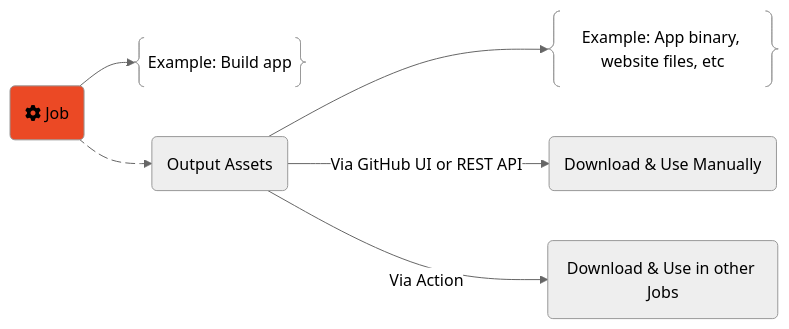
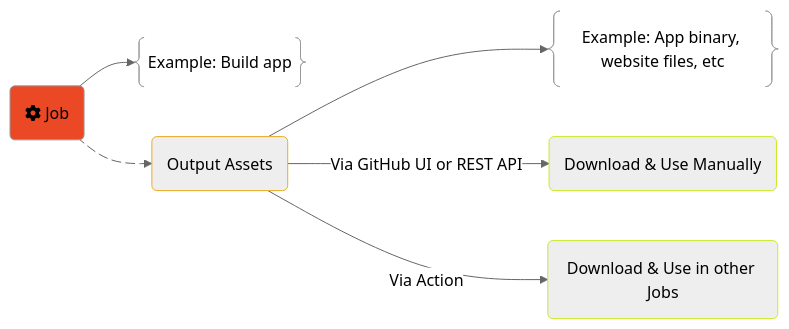
The diagram in content/posts/training/GitHub/2025-github-actions/05-artifacts-outputs/index.md (rtdevx/rtdevx.github.io), drawn with Mermaid (neutral theme) before and after one commit.

Commit message:
Obsidian sync: 2025-12-09 10:42:03

```diff
--- a/content/posts/training/GitHub/2025-github-actions/05-artifacts-outputs/index.md
+++ b/content/posts/training/GitHub/2025-github-actions/05-artifacts-outputs/index.md
@@ -24,12 +24,16 @@
 {{< mermaid >}}
 flowchart LR
 B@{ shape: braces, label: "Example: Build app" }
 D@{ shape: braces, label: "Example: App binary, website files, etc" }
-  A(fa:fa-cog Job):::jobclass --> B
-  classDef jobclass fill:#EB4925
-  A a1@--> C(Output Assets)
+
+classDef redclass fill:#EB4925
+classDef yellowclass stroke:#EBAC25
+classDef greenclass stroke:#C7EB25
+
+  A(fa:fa-cog Job):::redclass --> B
+  A a1@--> C(Output Assets):::yellowclass
   a1@{ animate: true }
   C --> D
-  C -->|Via GitHub UI or REST API| E(Download & Use Manually)
-  C -->|Via Action| F(Download & Use in other Jobs)
+  C -->|Via GitHub UI or REST API| E(Download & Use Manually):::greenclass
+  C -->|Via Action| F(Download & Use in other Jobs):::greenclass
 {{< /mermaid >}}
```
